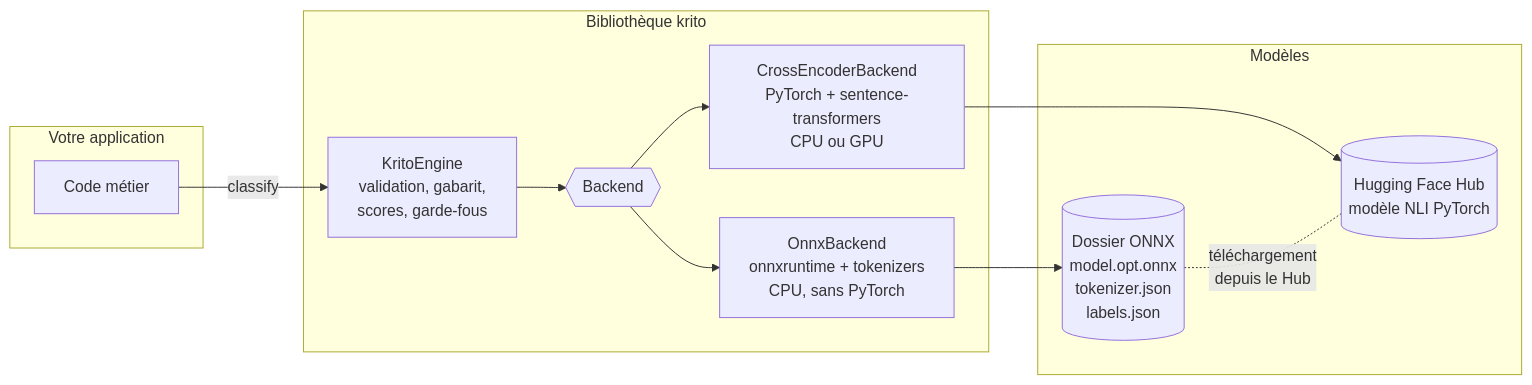
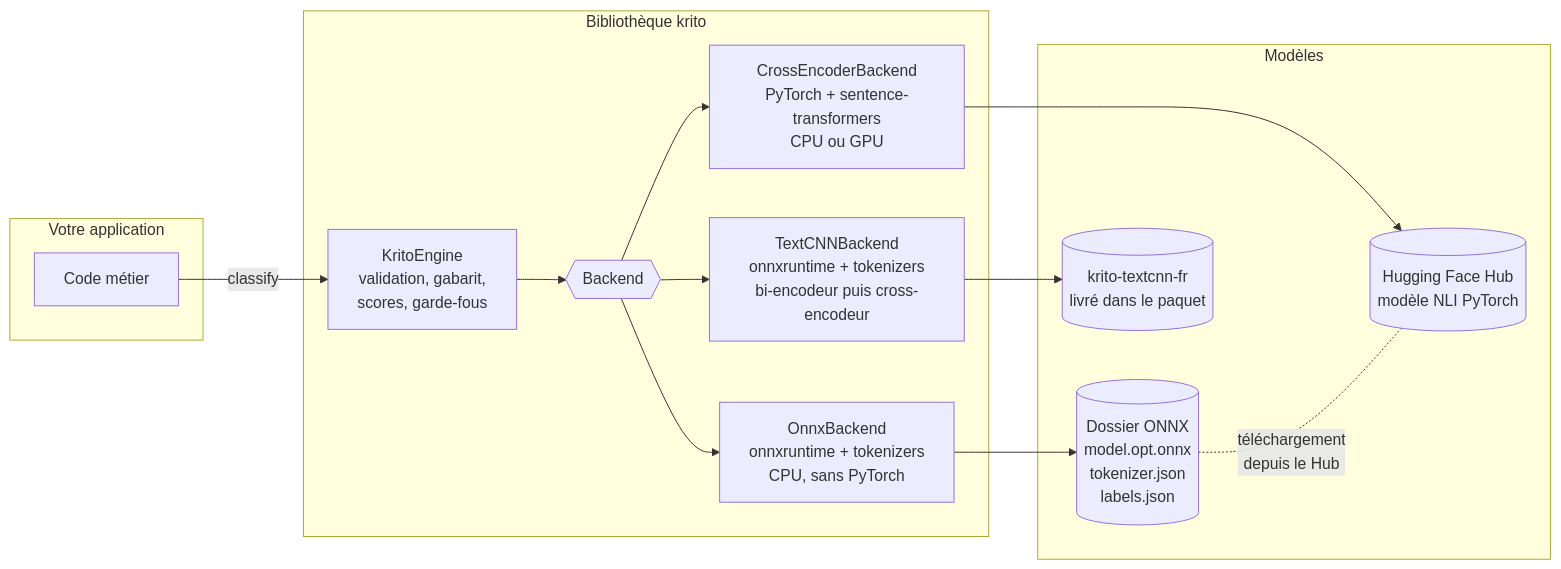
One commit to polymorfis/krito changed the first of 5 diagrams in docs/architecture.md. Above: the diagram before and after it, drawn with Mermaid. The commit also changed other lines of this file and 22 other files, not shown here.

First line of the commit message:
Modèle léger TextCNN + bi-encodeur + cross-encodeur (travail en cours)

````diff
--- a/docs/architecture.md
+++ b/docs/architecture.md
@@ -26,23 +26,27 @@
 ```mermaid
 flowchart LR
     subgraph App["Votre application"]
         C[Code métier]
     end
     subgraph Krito["Bibliothèque krito"]
         E[KritoEngine<br/>validation, gabarit,<br/>scores, garde-fous]
         B{{Backend}}
         O[OnnxBackend<br/>onnxruntime + tokenizers<br/>CPU, sans PyTorch]
         T[CrossEncoderBackend<br/>PyTorch + sentence-transformers<br/>CPU ou GPU]
+        X[TextCNNBackend<br/>onnxruntime + tokenizers<br/>bi-encodeur puis cross-encodeur]
     end
     subgraph Modeles["Modèles"]
         M1[(Dossier ONNX<br/>model.opt.onnx<br/>tokenizer.json<br/>labels.json)]
         M2[(Hugging Face Hub<br/>modèle NLI PyTorch)]
+        M3[(krito-textcnn-fr<br/>livré dans le paquet)]
     end
     C -->|classify| E
     E --> B
     B --> O
     B --> T
+    B --> X
+    X --> M3
     O --> M1
     T --> M2
     M1 -. téléchargement<br/>depuis le Hub .- M2
 ```
````
